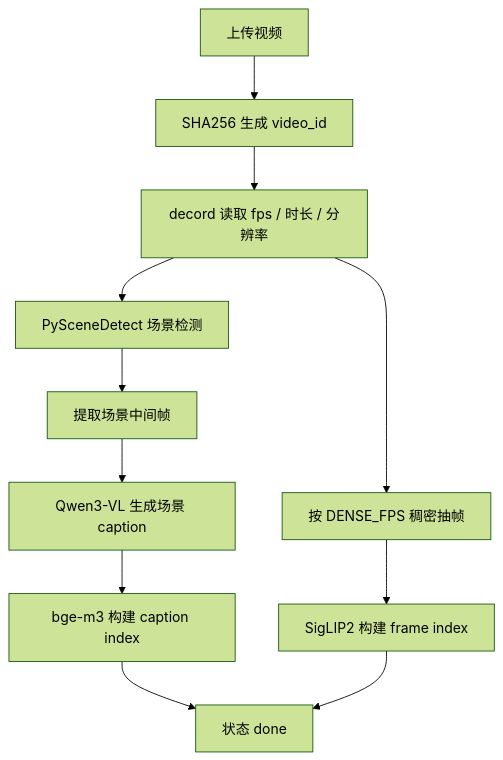
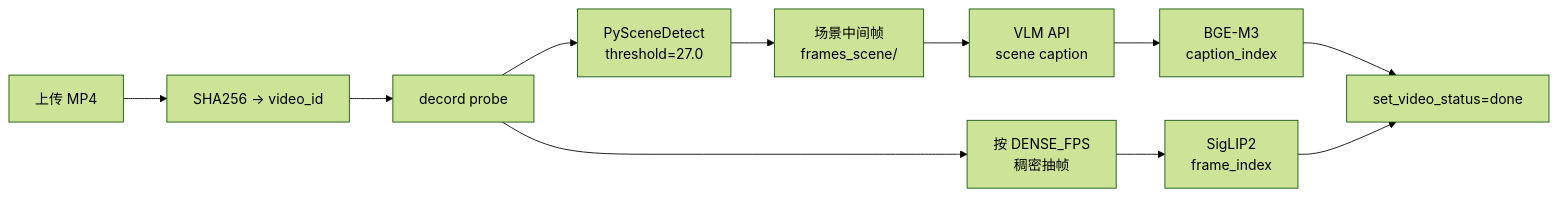
Before and after one commit to MichaelSou1/reading-not-reasoning: the second of 5 diagrams in README.md, drawn with Mermaid (forest theme). The commit also changed other lines of this file and 16 other files, not shown here.

````diff
--- a/README.md
+++ b/README.md
@@ -103,13 +88,13 @@
 ```mermaid
-flowchart TD
-    V[上传视频] --> HASH[SHA256 生成 video_id]
-    HASH --> PROBE[decord 读取 fps / 时长 / 分辨率]
-    PROBE --> SCENE[PySceneDetect 场景检测]
-    SCENE --> MID[提取场景中间帧]
-    MID --> CAP[Qwen3-VL 生成场景 caption]
-    CAP --> BGEIDX[bge-m3 构建 caption index]
-    PROBE --> DENSE[按 DENSE_FPS 稠密抽帧]
-    DENSE --> SIGIDX[SigLIP2 构建 frame index]
-    BGEIDX --> DONE[状态 done]
+flowchart LR
+    V[上传 MP4] --> HASH[SHA256 → video_id]
+    HASH --> PROBE[decord probe]
+    PROBE --> SCENE[PySceneDetect<br/>threshold=27.0]
+    SCENE --> MID[场景中间帧<br/>frames_scene/]
+    MID --> CAP[VLM API<br/>scene caption]
+    CAP --> BGEIDX[BGE-M3<br/>caption_index]
+    PROBE --> DENSE[按 DENSE_FPS<br/>稠密抽帧]
+    DENSE --> SIGIDX[SigLIP2<br/>frame_index]
+    BGEIDX --> DONE[set_video_status=done]
     SIGIDX --> DONE
 ```
````
